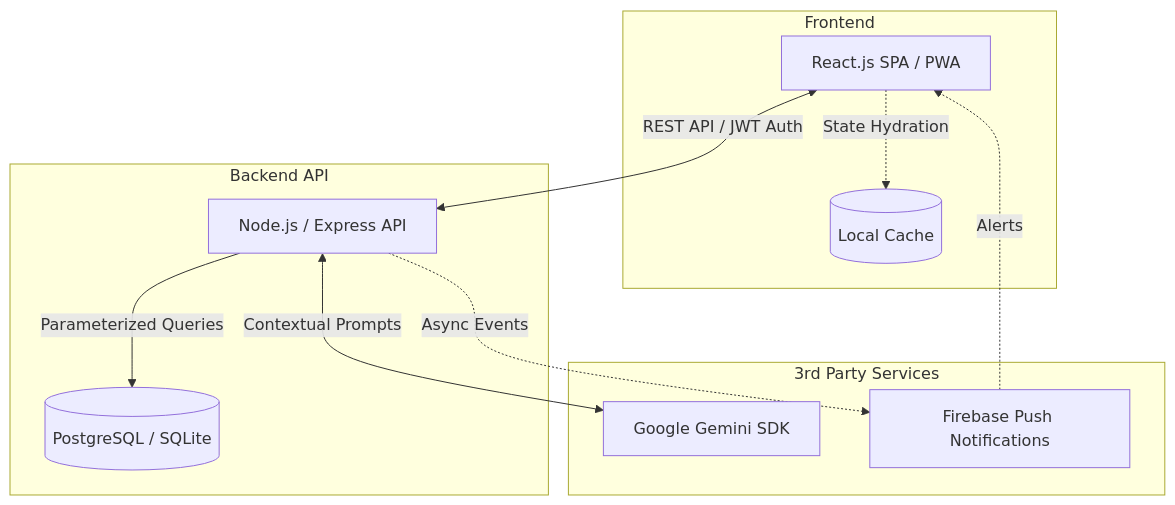
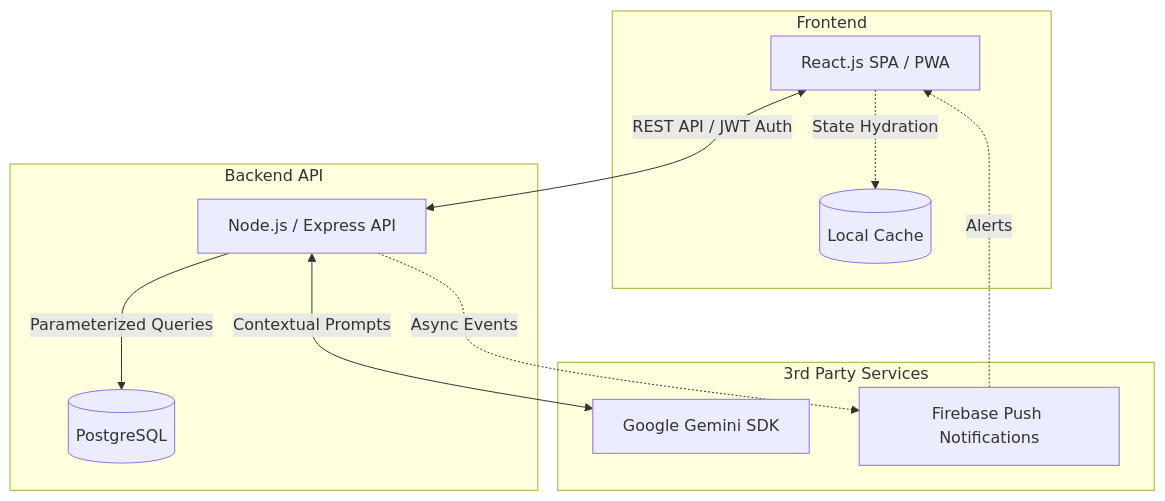
The diagram in README.md (dwikrisnandi/siakad-dkn-dkn), drawn with Mermaid before and after one commit. The commit also changed other lines of this file, not shown here.

Commit message:
docs: remove references to SQLite to accurately reflect PostgreSQL exclusivity

````diff
--- a/README.md
+++ b/README.md
@@ -43,24 +42,24 @@
 ```mermaid
 flowchart TD
     subgraph ClientSide [Frontend]
         Client[React.js SPA / PWA]
         LocalDB[(Local Cache)]
         Client -.->|State Hydration| LocalDB
     end
 
     subgraph ServerSide [Backend API]
         API[Node.js / Express API]
-        DB[(PostgreSQL / SQLite)]
+        DB[(PostgreSQL)]
         API -->|Parameterized Queries| DB
     end
 
     subgraph ExternalServices [3rd Party Services]
         AI[Google Gemini SDK]
         FCM[Firebase Push Notifications]
     end
 
     Client <-->|REST API / JWT Auth| API
     API <-->|Contextual Prompts| AI
     API -.->|Async Events| FCM
     FCM -.->|Alerts| Client
 ```
````
